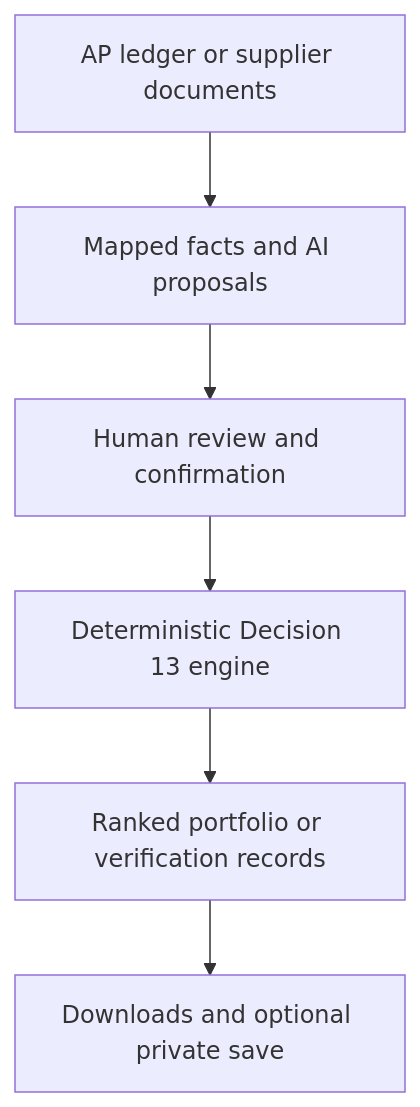
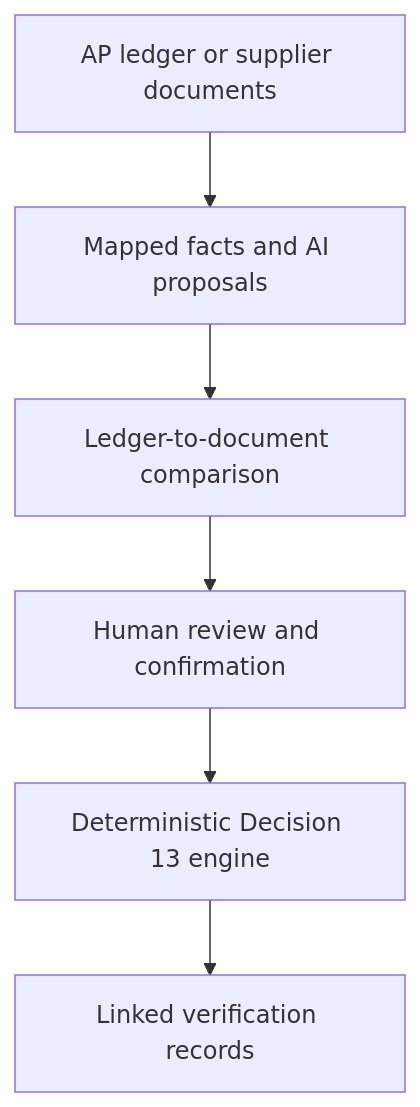
Before and after one commit to Chezhira/fta13-uae-input-tax-verification: the diagram in README.md, drawn with Mermaid. The commit also changed other lines of this file and 12 other files, not shown here.

````diff
--- a/README.md
+++ b/README.md
@@ -61,8 +71,8 @@
 ```mermaid
 flowchart TD
     A["AP ledger or supplier documents"] --> B["Mapped facts and AI proposals"]
-    B --> C["Human review and confirmation"]
-    C --> D["Deterministic Decision 13 engine"]
-    D --> E["Ranked portfolio or verification records"]
-    E --> F["Downloads and optional private save"]
+    B --> C["Ledger-to-document comparison"]
+    C --> D["Human review and confirmation"]
+    D --> E["Deterministic Decision 13 engine"]
+    E --> F["Linked verification records"]
 ```
````
